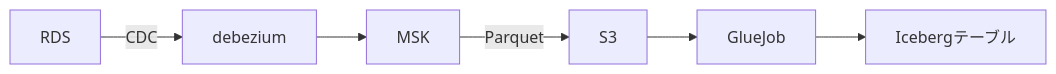
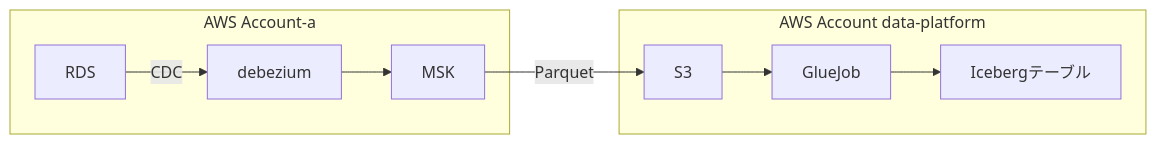
One commit to kenzo0107/kenzo0107.github.io changed the fourth of 6 diagrams in _blog/source/_posts/2024-12-19-rds-replicate-to-glue-iceberg-table.md. Above: the diagram before and after it, drawn with Mermaid. The commit also changed other lines of this file and 10 other files, not shown here.

````diff
--- a/_blog/source/_posts/2024-12-19-rds-replicate-to-glue-iceberg-table.md
+++ b/_blog/source/_posts/2024-12-19-rds-replicate-to-glue-iceberg-table.md
@@ -94,9 +119,13 @@
 ```mermaid
 graph LR
 
-RDS--CDC-->debezium
-debezium-->MSK
+subgraph AWS Account-a
+  RDS--CDC-->debezium-->MSK
+end
+
 MSK--Parquet-->S3
-S3-->GlueJob
-GlueJob-->Icebergテーブル
+
+subgraph AWS Account data-platform
+  S3-->GlueJob-->Icebergテーブル
+end
 ```
````
